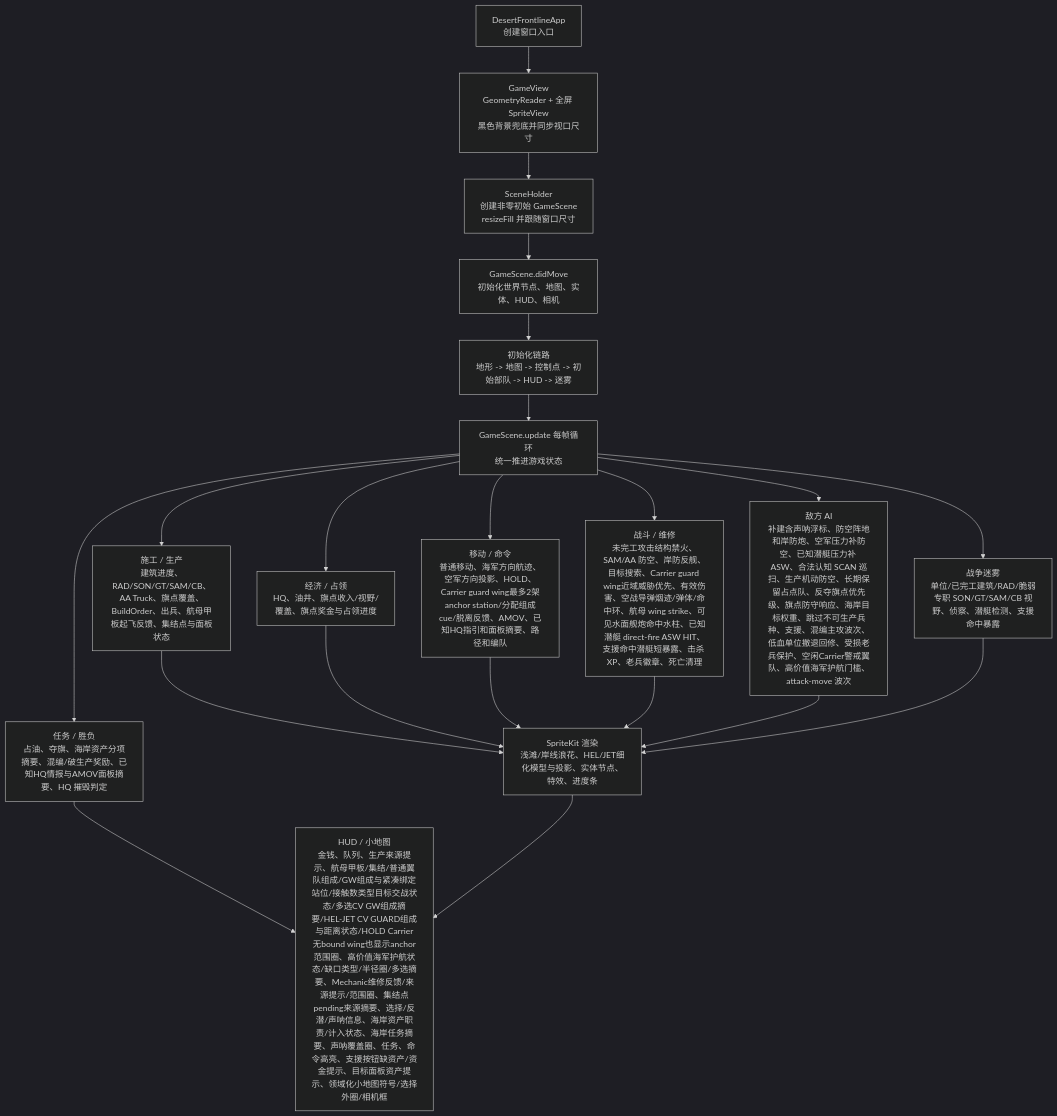
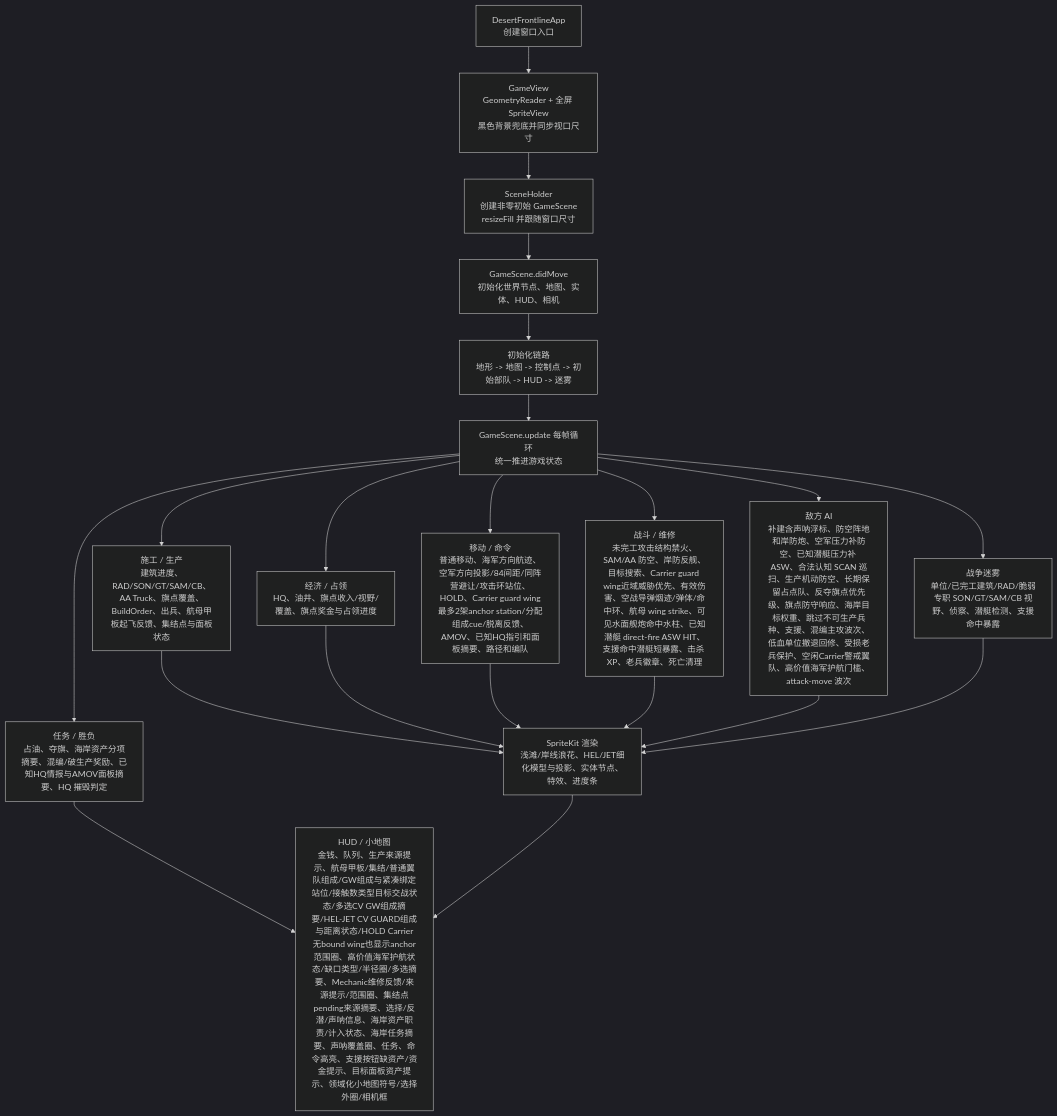
The first of 3 diagrams in md/flow/flowchart.md (Altman-sam114/1145), drawn with Mermaid (dark theme) before and after one commit. The commit also changed 5 other files, not shown here.

````diff
--- a/md/flow/flowchart.md
+++ b/md/flow/flowchart.md
@@ -9,23 +9,23 @@
 ```mermaid
 flowchart TD
   App["DesertFrontlineApp\n创建窗口入口"] --> View["GameView\nGeometryReader + 全屏 SpriteView\n黑色背景兜底并同步视口尺寸"]
   View --> Holder["SceneHolder\n创建非零初始 GameScene\nresizeFill 并跟随窗口尺寸"]
   Holder --> Scene["GameScene.didMove\n初始化世界节点、地图、实体、HUD、相机"]
   Scene --> Init["初始化链路\n地形 -> 地图 -> 控制点 -> 初始部队 -> HUD -> 迷雾"]
   Init --> Loop["GameScene.update 每帧循环\n统一推进游戏状态"]
   Loop --> Build["施工 / 生产\n建筑进度、RAD/SON/GT/SAM/CB、AA Truck、旗点覆盖、BuildOrder、出兵、航母甲板起飞反馈、集结点与面板状态"]
   Loop --> Economy["经济 / 占领\nHQ、油井、旗点收入/视野/覆盖、旗点奖金与占领进度"]
-  Loop --> Commands["移动 / 命令\n普通移动、海军方向航迹、空军方向投影、HOLD、Carrier guard wing最多2架anchor station/分配组成cue/脱离反馈、AMOV、已知HQ指引和面板摘要、路径和编队"]
+  Loop --> Commands["移动 / 命令\n普通移动、海军方向航迹、空军方向投影/84间距/同阵营避让/攻击环站位、HOLD、Carrier guard wing最多2架anchor station/分配组成cue/脱离反馈、AMOV、已知HQ指引和面板摘要、路径和编队"]
   Loop --> Combat["战斗 / 维修\n未完工攻击结构禁火、SAM/AA 防空、岸防反舰、目标搜索、Carrier guard wing近域威胁优先、有效伤害、空战导弹烟迹/弹体/命中环、航母 wing strike、可见水面舰炮命中水柱、已知潜艇 direct-fire ASW HIT、支援命中潜艇短暴露、击杀 XP、老兵徽章、死亡清理"]
   Loop --> AI["敌方 AI\n补建含声呐浮标、防空阵地和岸防炮、空军压力补防空、已知潜艇压力补 ASW、合法认知 SCAN 巡扫、生产机动防空、长期保留占点队、反夺旗点优先级、旗点防守响应、海岸目标权重、跳过不可生产兵种、支援、混编主攻波次、低血单位撤退回修、受损老兵保护、空闲Carrier警戒翼队、高价值海军护航门槛、attack-move 波次"]
   Loop --> Fog["战争迷雾\n单位/已完工建筑/RAD/脆弱专职 SON/GT/SAM/CB 视野、侦察、潜艇检测、支援命中暴露"]
   Loop --> Mission["任务 / 胜负\n占油、夺旗、海岸资产分项摘要、混编/破生产奖励、已知HQ情报与AMOV面板摘要、HQ 摧毁判定"]
   Build --> Render["SpriteKit 渲染\n浅滩/岸线浪花、HEL/JET细化模型与投影、实体节点、特效、进度条"]
   Economy --> Render
   Commands --> Render
   Combat --> Render
   AI --> Render
   Fog --> Render
   Mission --> HUD["HUD / 小地图\n金钱、队列、生产来源提示、航母甲板/集结/普通翼队组成/GW组成与紧凑绑定站位/接触数类型目标交战状态/多选CV GW组成摘要/HEL-JET CV GUARD组成与距离状态/HOLD Carrier无bound wing也显示anchor范围圈、高价值海军护航状态/缺口类型/半径圈/多选摘要、Mechanic维修反馈/来源提示/范围圈、集结点pending来源摘要、选择/反潜/声呐信息、海岸资产职责/计入状态、海岸任务摘要、声呐覆盖圈、任务、命令高亮、支援按钮缺资产/资金提示、目标面板资产提示、领域化小地图符号/选择外圈/相机框"]
   Render --> HUD
 ```
````
